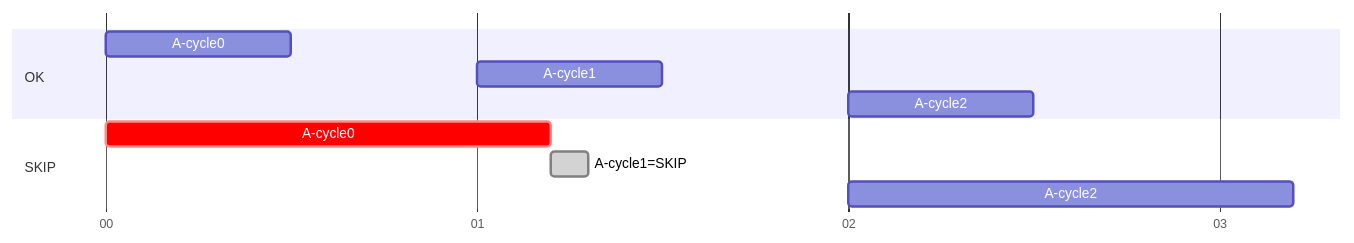
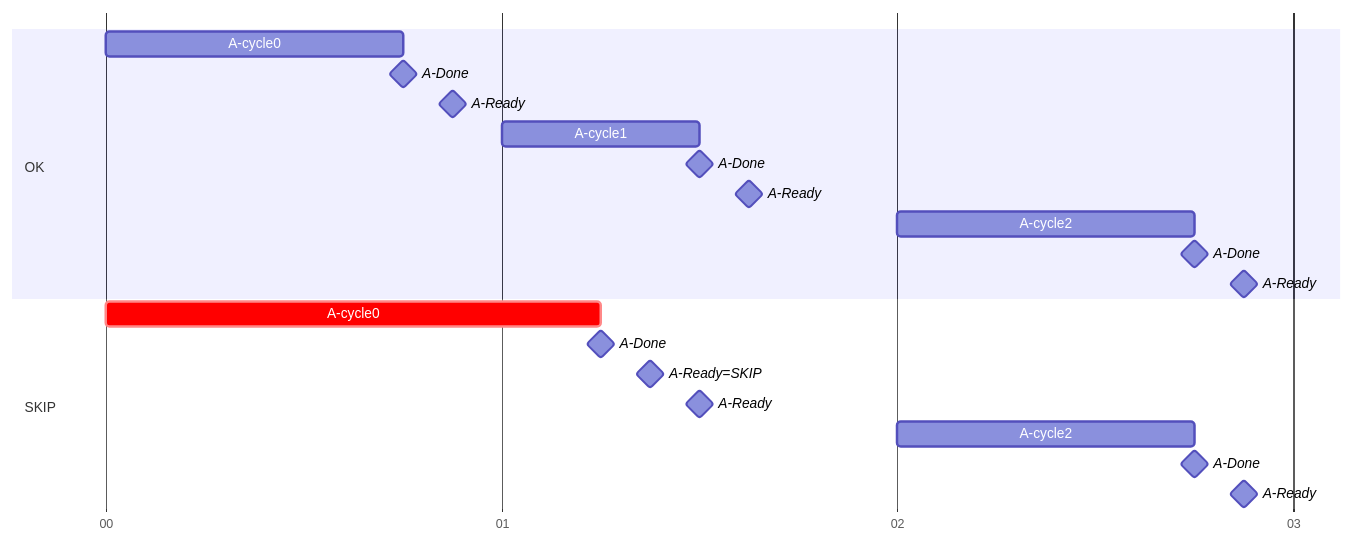
Before and after one commit to nao-kawano/ritsu-scheduler: the second of 3 diagrams in docs/message-sequence-skip.md, drawn with Mermaid. The commit also changed other lines of this file and 16 other files, not shown here.

````diff
--- a/docs/message-sequence-skip.md
+++ b/docs/message-sequence-skip.md
@@ -45,16 +50,27 @@
 ```mermaid
 gantt
-    dateFormat H-m
-    axisFormat %H
-    tickInterval 1hour
+  todayMarker off
+  dateFormat m
+  axisFormat %M
+  tickInterval 1minute
 
-    section OK
-    A-cycle0: a0, 0-0, 0.5h
-    A-cycle1: a1, 1-0, 0.5h
-    A-cycle2: a2, 2-0, 0.5h
+  section OK
+    A-cycle0: a0, 0, 0.75m
+    A-Done: milestone, a0d, after a0,
+    A-Ready: milestone, a1r, after a0, 0.25m
+    A-cycle1: a1, 1, 0.50m
+    A-Done: milestone, a1d, after a1,
+    A-Ready: milestone, a2r, after a1, 0.25m
+    A-cycle2: a2, 2, 0.75m
+    A-Done: milestone, a2d, after a2,
+    A-Ready: milestone, a3r, after a2, 0.25m
 
-    section SKIP
-    A-cycle0: crit, a'0, 0-0, 1.2h
-    A-cycle1=SKIP: done, a'1, 1-12, 0.1h
-    A-cycle2: a'2, 2-0, 1.2h
+  section SKIP
+    A-cycle0: crit, aa0, 0, 1.25m
+    A-Done: milestone, aa0d, after aa0,
+    A-Ready=SKIP: milestone, aa1r, after aa0, 0.25m
+    A-Ready: milestone, aa2r, after aa1r,
+    A-cycle2: aa2, 2, 0.75m
+    A-Done: milestone, aa2d, after aa2,
+    A-Ready: milestone, a3r, after aa2, 0.25m
 ```
````
